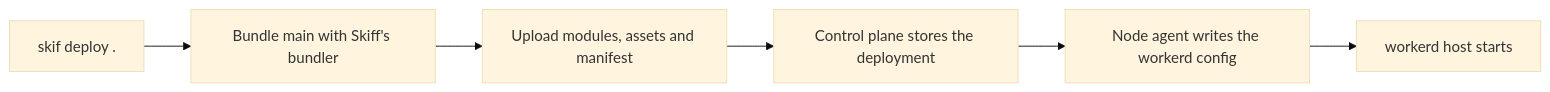
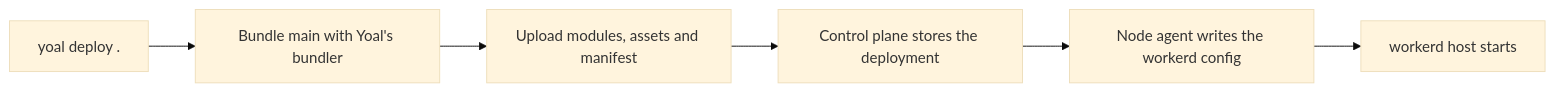
Before and after one commit to KieranHolroyd/skiff: the first of 2 diagrams in packages/docs/content/compute/functions.md, drawn with Mermaid (base theme). The commit also changed other lines of this file and 1869 other files, not shown here.

````diff
--- a/packages/docs/content/compute/functions.md
+++ b/packages/docs/content/compute/functions.md
@@ -137,8 +137,8 @@
 ```mermaid
 flowchart LR
-  CLI["skif deploy ."] --> Bundle["Bundle main with Skiff's bundler"]
+  CLI["yoal deploy ."] --> Bundle["Bundle main with Yoal's bundler"]
   Bundle --> Upload["Upload modules, assets and manifest"]
   Upload --> CP["Control plane stores the deployment"]
   CP --> Agent["Node agent writes the workerd config"]
   Agent --> Host["workerd host starts"]
 ```
````
